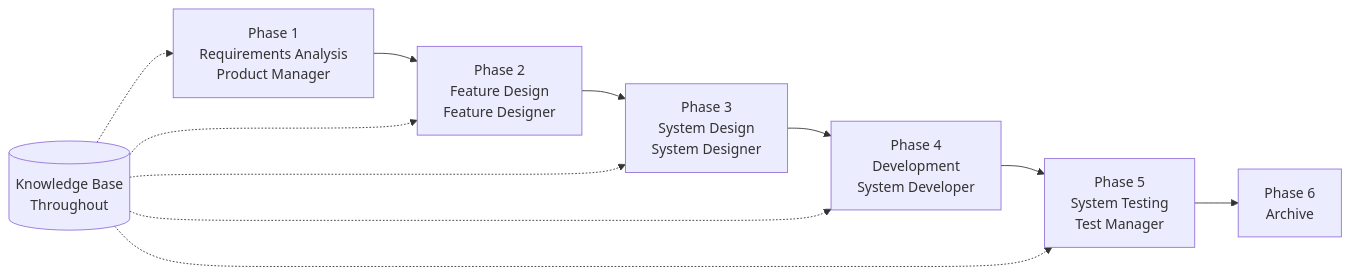
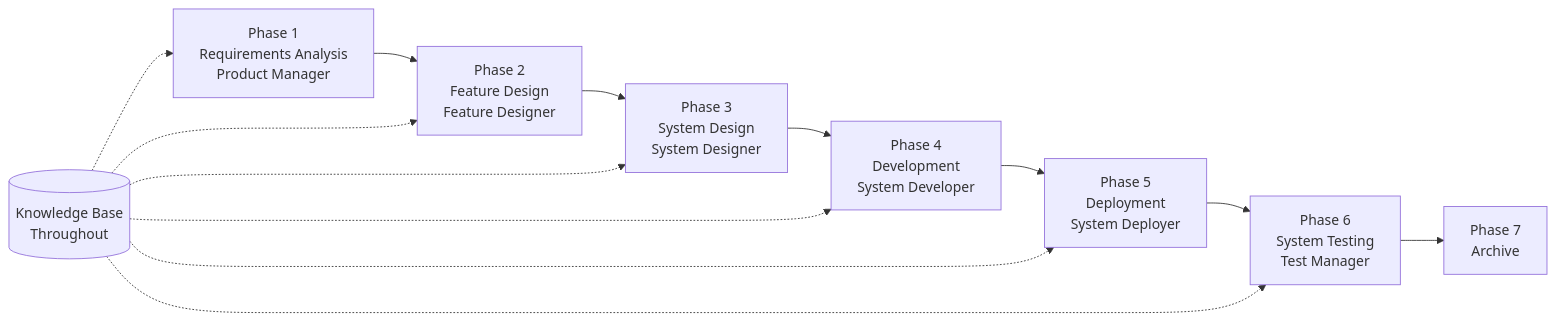
Before and after one commit to charlesmu99/speccrew: the diagram in docs/GETTING-STARTED.en.md, drawn with Mermaid. The commit also changed other lines of this file and 35 other files, not shown here.

````diff
--- a/docs/GETTING-STARTED.en.md
+++ b/docs/GETTING-STARTED.en.md
@@ -144,14 +144,16 @@
 ```mermaid
 flowchart LR
     PRD[Phase 1<br/>Requirements Analysis<br/>Product Manager] --> FD[Phase 2<br/>Feature Design<br/>Feature Designer]
     FD --> SD[Phase 3<br/>System Design<br/>System Designer]
     SD --> DEV[Phase 4<br/>Development<br/>System Developer]
-    DEV --> TEST[Phase 5<br/>System Testing<br/>Test Manager]
-    TEST --> ARCHIVE[Phase 6<br/>Archive]
+    DEV --> DEPLOY[Phase 5<br/>Deployment<br/>System Deployer]
+    DEPLOY --> TEST[Phase 6<br/>System Testing<br/>Test Manager]
+    TEST --> ARCHIVE[Phase 7<br/>Archive]
     
     KB[(Knowledge Base<br/>Throughout)] -.-> PRD
     KB -.-> FD
     KB -.-> SD
     KB -.-> DEV
+    KB -.-> DEPLOY
     KB -.-> TEST
 ```
````
